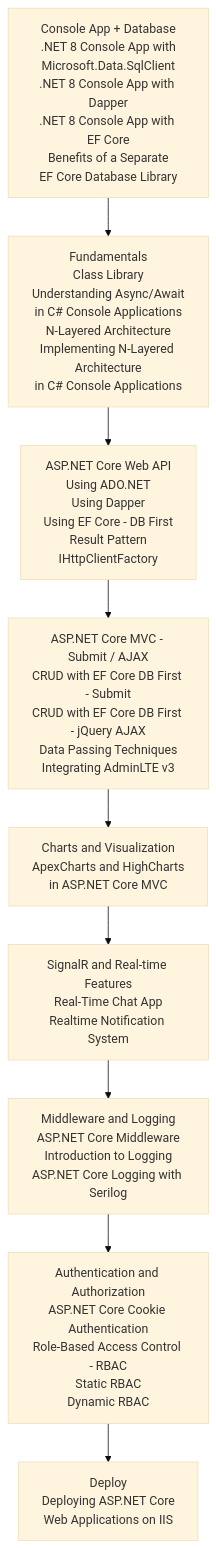
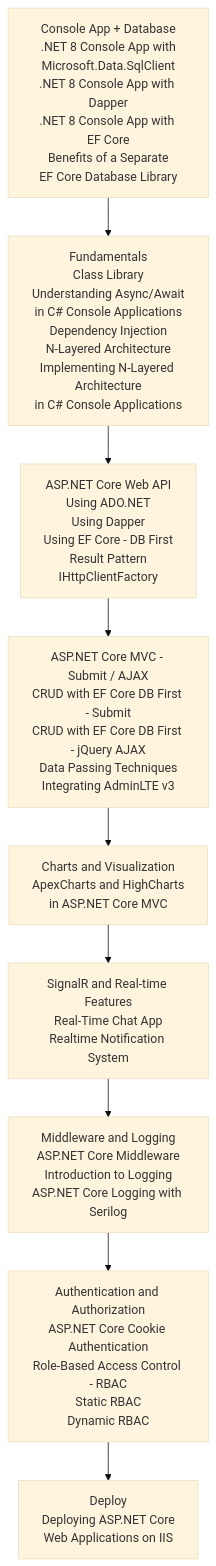
Before and after one commit to sannlynnhtun-coding/junior-dotnet-developer-roadmap: the diagram in README.md, drawn with Mermaid (base theme). The commit also changed other lines of this file and 1 other file, not shown here.

Commit message:
docs: add dependency injection guide

````diff
--- a/README.md
+++ b/README.md
@@ -3,14 +3,14 @@
 ```mermaid
 flowchart TD
     CONSOLE["Console App + Database<br/>.NET 8 Console App with<br/>Microsoft.Data.SqlClient<br/>.NET 8 Console App with Dapper<br/>.NET 8 Console App with EF Core<br/>Benefits of a Separate<br/>EF Core Database Library"]
-    FUNDAMENTALS["Fundamentals<br/>Class Library<br/>Understanding Async/Await<br/>in C# Console Applications<br/>N-Layered Architecture<br/>Implementing N-Layered Architecture<br/>in C# Console Applications"]
+    FUNDAMENTALS["Fundamentals<br/>Class Library<br/>Understanding Async/Await<br/>in C# Console Applications<br/>Dependency Injection<br/>N-Layered Architecture<br/>Implementing N-Layered Architecture<br/>in C# Console Applications"]
     WEB_API["ASP.NET Core Web API<br/>Using ADO.NET<br/>Using Dapper<br/>Using EF Core - DB First<br/>Result Pattern<br/>IHttpClientFactory"]
     MVC["ASP.NET Core MVC - Submit / AJAX<br/>CRUD with EF Core DB First - Submit<br/>CRUD with EF Core DB First - jQuery AJAX<br/>Data Passing Techniques<br/>Integrating AdminLTE v3"]
     CHARTS["Charts and Visualization<br/>ApexCharts and HighCharts<br/>in ASP.NET Core MVC"]
     SIGNALR["SignalR and Real-time Features<br/>Real-Time Chat App<br/>Realtime Notification System"]
     MIDDLEWARE["Middleware and Logging<br/>ASP.NET Core Middleware<br/>Introduction to Logging<br/>ASP.NET Core Logging with Serilog"]
     AUTH["Authentication and Authorization<br/>ASP.NET Core Cookie Authentication<br/>Role-Based Access Control - RBAC<br/>Static RBAC<br/>Dynamic RBAC"]
     DEPLOY["Deploy<br/>Deploying ASP.NET Core<br/>Web Applications on IIS"]
 
     CONSOLE --> FUNDAMENTALS --> WEB_API --> MVC --> CHARTS --> SIGNALR --> MIDDLEWARE --> AUTH --> DEPLOY
 ```
````
